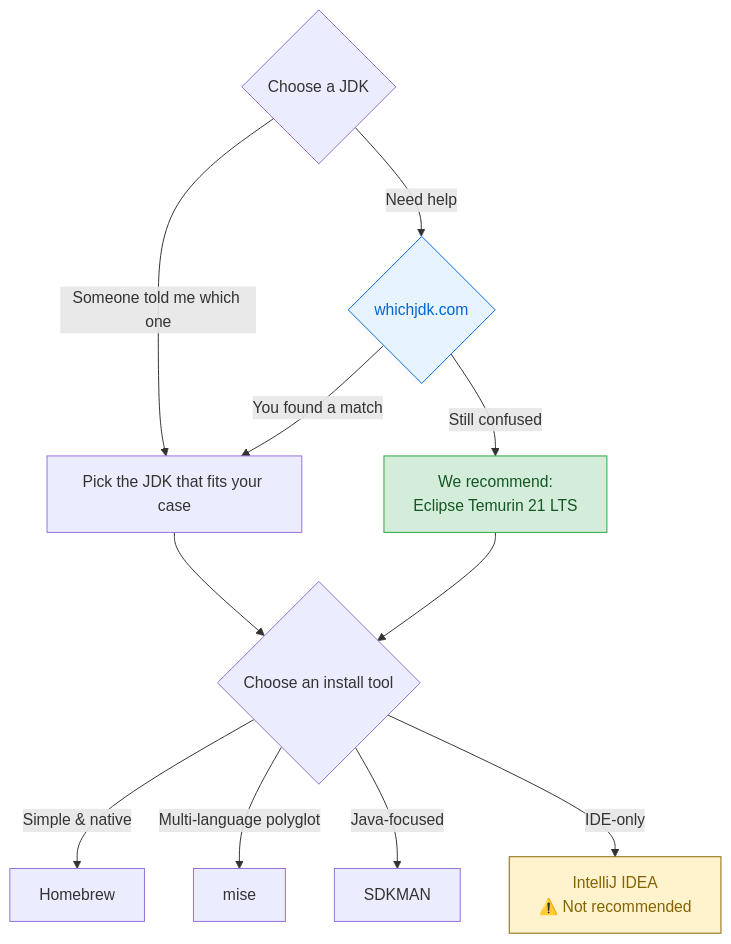
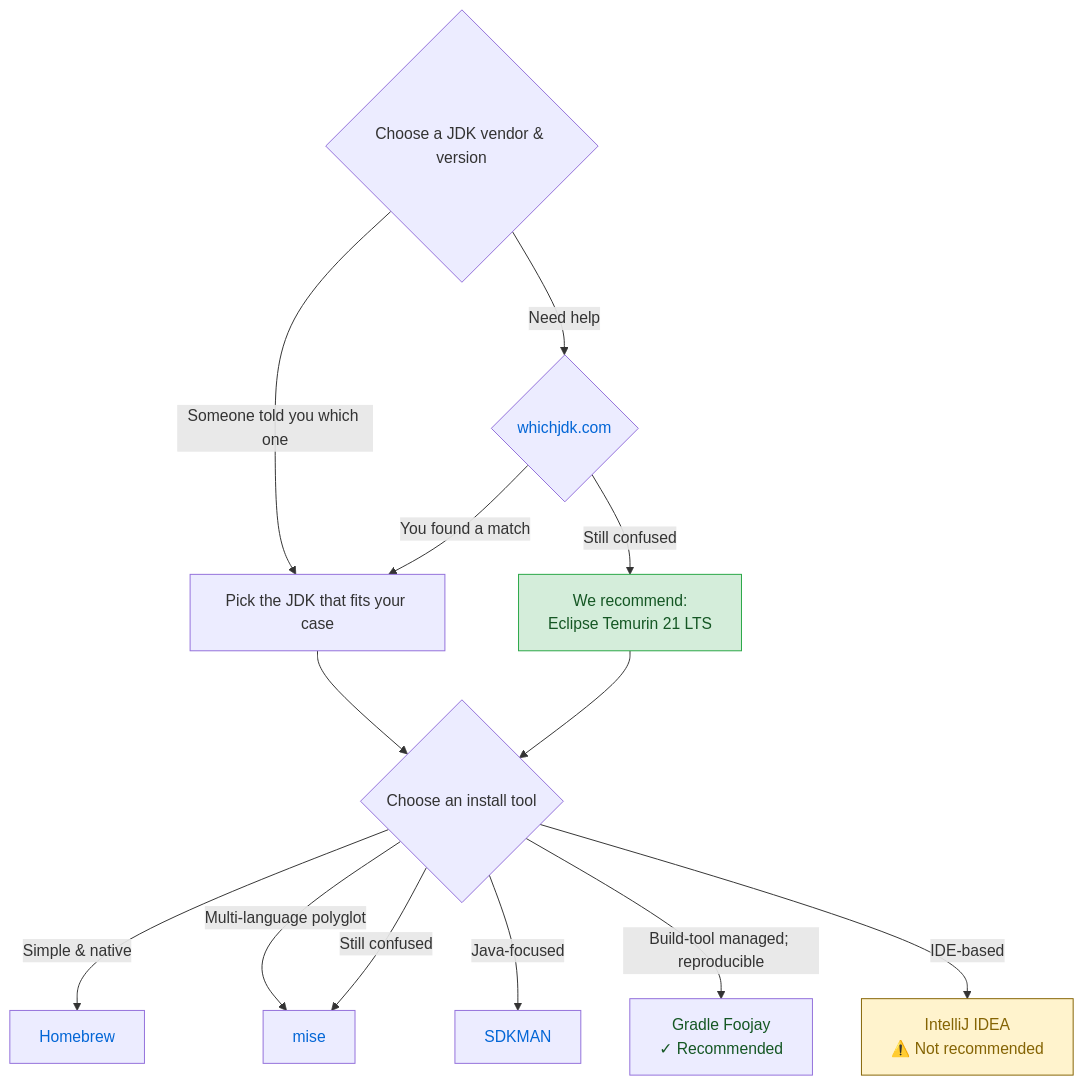
Before and after one commit to Siddhant/siddhant.github.io: the diagram in _posts/2025-12-27-java-macOS.md, drawn with Mermaid.

````diff
--- a/_posts/2025-12-27-java-macOS.md
+++ b/_posts/2025-12-27-java-macOS.md
@@ -106,17 +106,28 @@
 ```mermaid
 flowchart TD
-    A{Choose a JDK} -->|Someone told me which one| C[Pick the JDK that fits your case]
+    A{Choose a JDK vendor & version} -->|Someone told you which one| C[Pick the JDK that fits your case]
     A -->|Need help| B{whichjdk.com}
     B -->|You found a match| C
     B -->|Still confused| D[We recommend:<br/>Eclipse Temurin 21 LTS]
     C --> E{Choose an install tool}
     D --> E
     E -->|Simple & native| F[Homebrew]
     E -->|Multi-language polyglot| G[mise]
+    E -->|Still confused| G[mise]
     E -->|Java-focused| H[SDKMAN]
-    E -->|IDE-only| I[IntelliJ IDEA<br/>⚠️ Not recommended]
+    E -->|Build-tool managed; reproducible| J[Gradle Foojay<br/>✓ Recommended]
+    E -->|IDE-based| I[IntelliJ IDEA<br/>⚠️ Not recommended]
     click B "https://whichjdk.com" _blank
-    style B fill:#e7f3ff,stroke:#0366d6,color:#0366d6
+    click F "https://brew.sh" _blank
+    click G "https://mise.jdx.dev" _blank
+    click H "https://sdkman.io" _blank
+    click J "https://docs.gradle.org/current/userguide/toolchains.html" _blank
+    click I "https://www.jetbrains.com/idea/" _blank
+    style B color:#0366d6
     style D fill:#d4edda,stroke:#28a745,color:#155724
+    style F color:#0366d6
+    style G color:#0366d6
+    style H color:#0366d6
+    style J color:#155724
     style I fill:#fff3cd,stroke:#856404,color:#856404
 ```
````
